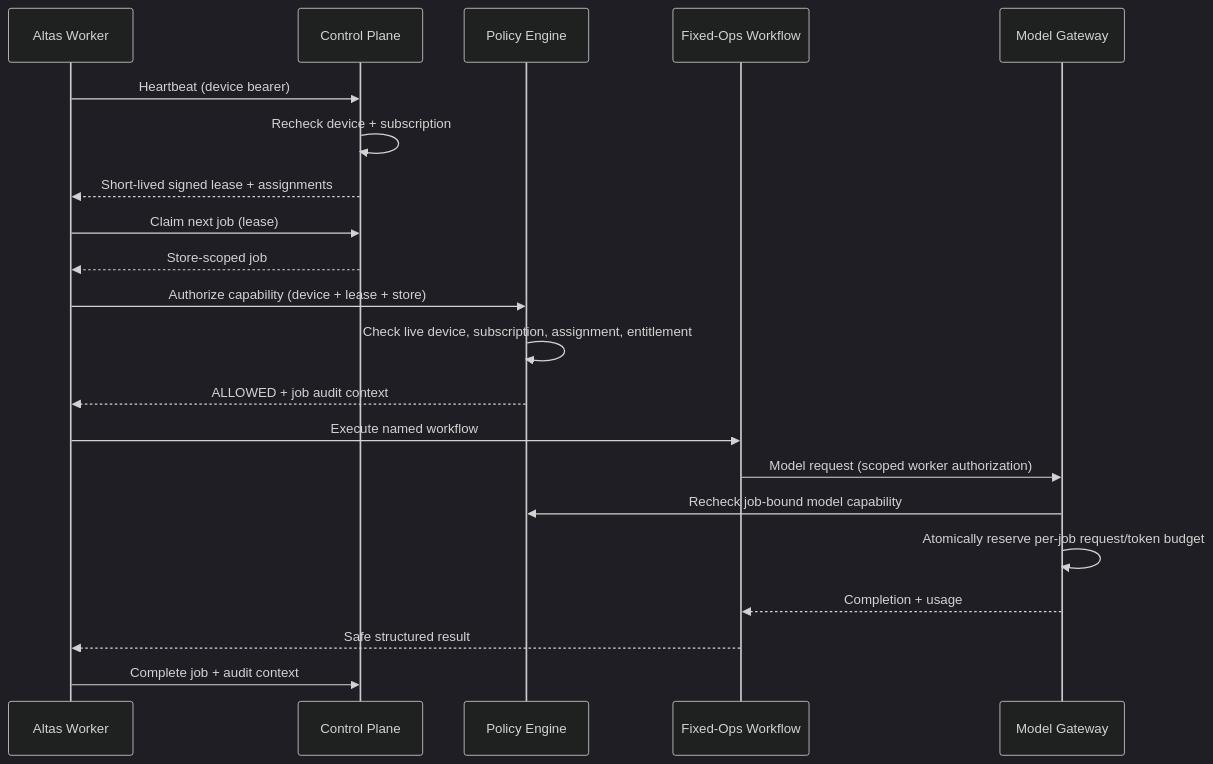
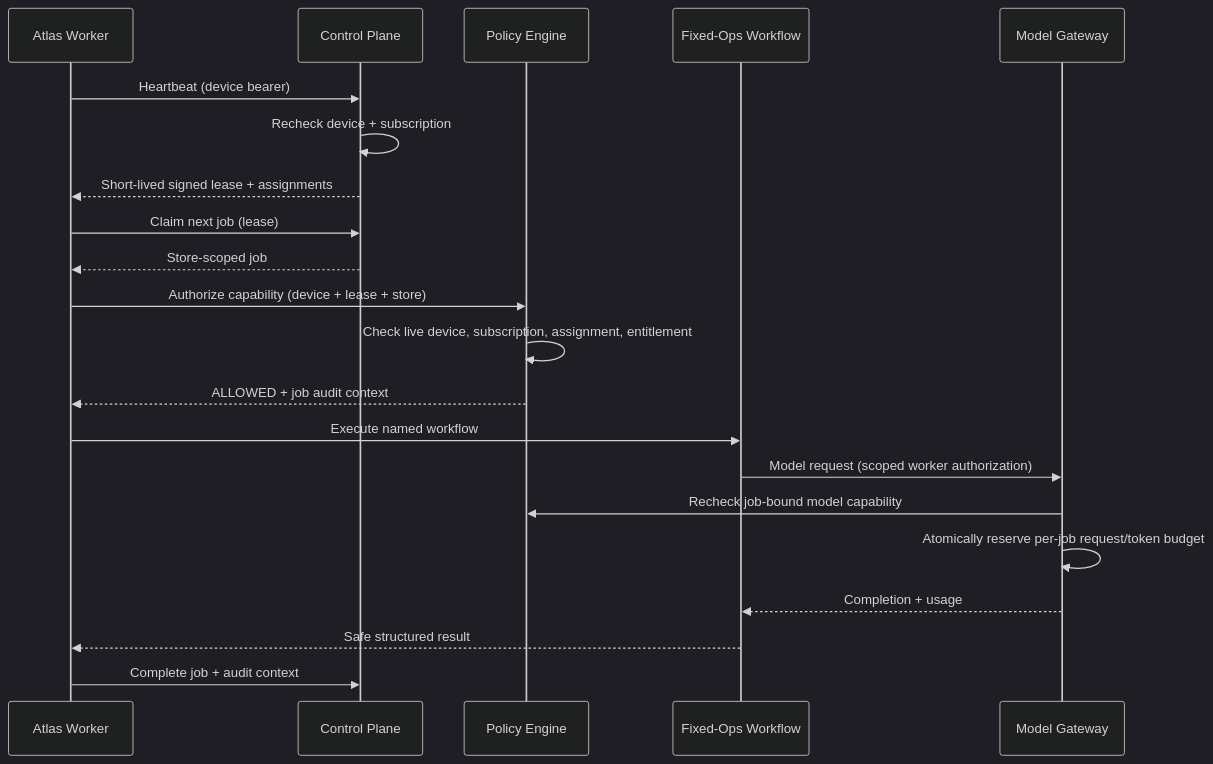
One commit to Seomzo/atlas-platform-experiments changed the second of 3 diagrams in docs/altas/ARCHITECTURE.md. Above: the diagram before and after it, drawn with Mermaid (dark theme). The commit also changed other lines of this file and 230 other files, not shown here.

````diff
--- a/docs/altas/ARCHITECTURE.md
+++ b/docs/altas/ARCHITECTURE.md
@@ -58,24 +58,24 @@
 ```mermaid
 sequenceDiagram
-    participant W as Altas Worker
+    participant W as Atlas Worker
     participant CP as Control Plane
     participant PE as Policy Engine
     participant F as Fixed-Ops Workflow
     participant MG as Model Gateway
 
     W->>CP: Heartbeat (device bearer)
     CP->>CP: Recheck device + subscription
     CP-->>W: Short-lived signed lease + assignments
     W->>CP: Claim next job (lease)
     CP-->>W: Store-scoped job
     W->>PE: Authorize capability (device + lease + store)
     PE->>PE: Check live device, subscription, assignment, entitlement
     PE-->>W: ALLOWED + job audit context
     W->>F: Execute named workflow
     F->>MG: Model request (scoped worker authorization)
     MG->>PE: Recheck job-bound model capability
     MG->>MG: Atomically reserve per-job request/token budget
     MG-->>F: Completion + usage
     F-->>W: Safe structured result
     W->>CP: Complete job + audit context
 ```
````
